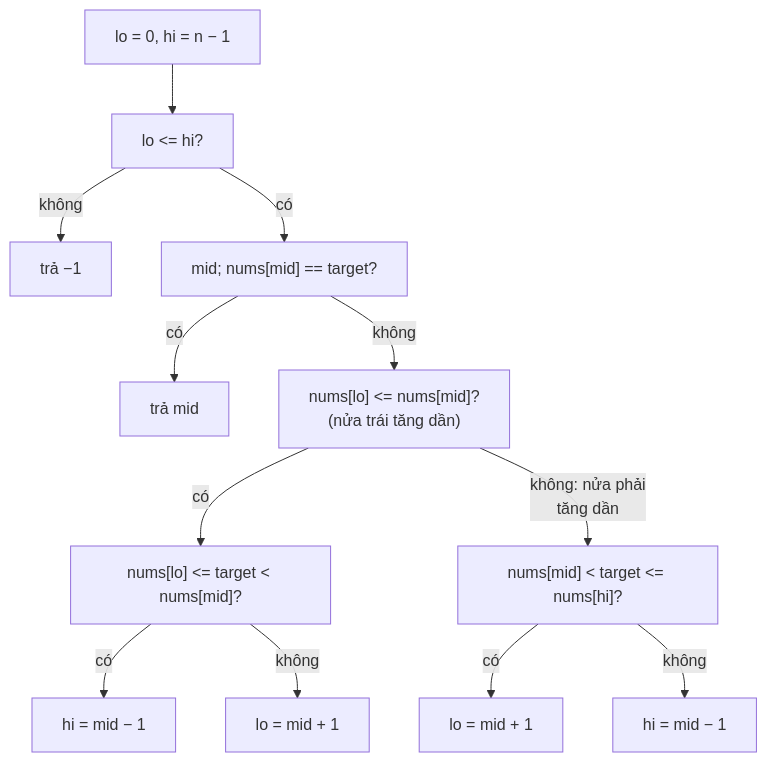
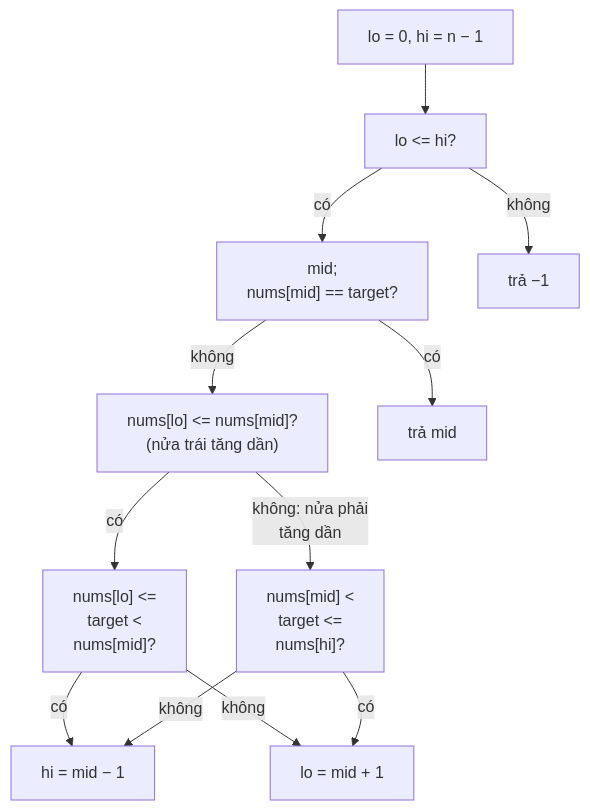
One commit to duongbui234/software-engineering-atlas changed the diagram in content/problems/search-in-rotated-sorted-array.md. Above: the diagram before and after it, drawn with Mermaid. The commit also changed 134 other files, not shown here.

First line of the commit message:
Fit every Mermaid diagram at 390px without sideways scroll (#56)

````diff
--- a/content/problems/search-in-rotated-sorted-array.md
+++ b/content/problems/search-in-rotated-sorted-array.md
@@ -48,14 +48,14 @@
 ```mermaid
 flowchart TB
   A["lo = 0, hi = n − 1"] --> B["lo <= hi?"]
+  B -->|"có"| C["mid;<br/>nums[mid] == target?"]
   B -->|"không"| Z["trả −1"]
-  B -->|"có"| C["mid; nums[mid] == target?"]
+  C -->|"không"| D["nums[lo] <= nums[mid]?<br/>(nửa trái tăng dần)"]
   C -->|"có"| Y["trả mid"]
-  C -->|"không"| D["nums[lo] <= nums[mid]?<br/>(nửa trái tăng dần)"]
-  D -->|"có"| E["nums[lo] <= target < nums[mid]?"]
-  E -->|"có"| E1["hi = mid − 1"]
-  E -->|"không"| E2["lo = mid + 1"]
-  D -->|"không: nửa phải<br/>tăng dần"| F["nums[mid] < target <= nums[hi]?"]
-  F -->|"có"| F1["lo = mid + 1"]
-  F -->|"không"| F2["hi = mid − 1"]
+  D -->|"có"| E["nums[lo] <=<br/>target <<br/>nums[mid]?"]
+  D -->|"không: nửa phải<br/>tăng dần"| F["nums[mid] <<br/>target <=<br/>nums[hi]?"]
+  E -->|"có"| H["hi = mid − 1"]
+  E -->|"không"| L["lo = mid + 1"]
+  F -->|"có"| L
+  F -->|"không"| H
 ```
````
